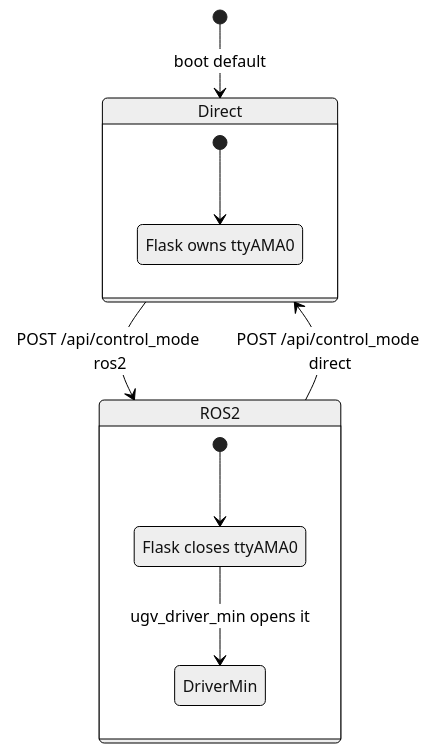
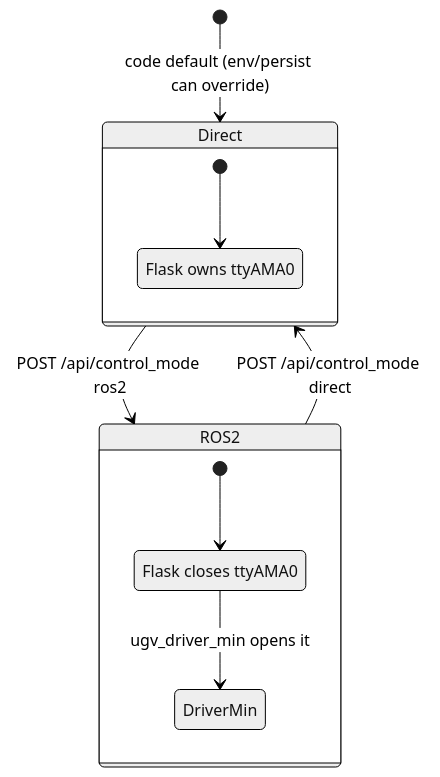
One commit to matthewhand/ugv_rpi changed the third of 5 diagrams in docs/BEAST_TECHNICAL_DESIGN.md. Above: the diagram before and after it, drawn with Mermaid (neutral theme). The commit also changed other lines of this file, not shown here.

Commit message:
docs: skeptic-correct Beast TDD (boot, T:144 map, tests, SHAs)

````diff
--- a/docs/BEAST_TECHNICAL_DESIGN.md
+++ b/docs/BEAST_TECHNICAL_DESIGN.md
@@ -194,15 +195,15 @@
 ```mermaid
 stateDiagram-v2
-  [*] --> Direct: boot default
+  [*] --> Direct: code default (env/persist can override)
   Direct --> ROS2: POST /api/control_mode ros2
   ROS2 --> Direct: POST /api/control_mode direct
   state Direct {
     [*] --> FlaskUART
     FlaskUART: Flask owns ttyAMA0
   }
   state ROS2 {
     [*] --> Released
     Released: Flask closes ttyAMA0
     Released --> DriverMin: ugv_driver_min opens it
   }
 ```
````
